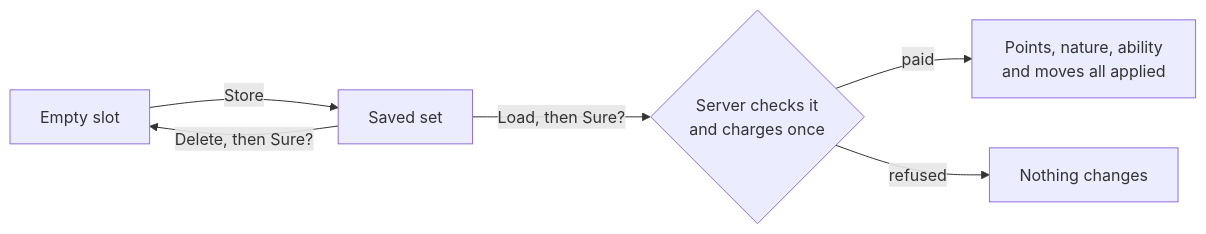
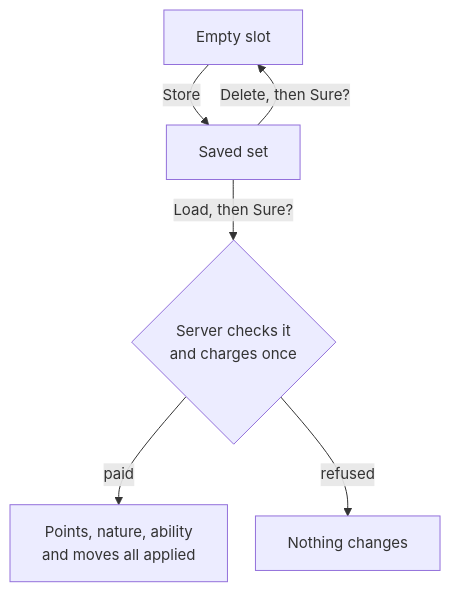
The diagram in docs/champions/sets.md (manucruzleiva/mod-wiki), drawn with Mermaid before and after one commit. The commit also changed 53 other files, not shown here.

````diff
--- a/docs/champions/sets.md
+++ b/docs/champions/sets.md
@@ -20,8 +20,9 @@
 ```mermaid
-flowchart LR
+%%{init: {"flowchart": {"curve": "basis", "nodeSpacing": 28, "rankSpacing": 38, "padding": 16}, "themeVariables": {"fontSize": "15px"}}}%%
+flowchart TD
     E[Empty slot] -- Store --> S[Saved set]
     S -- Load, then Sure? --> C{Server checks it\nand charges once}
     C -- paid --> A[Points, nature, ability\nand moves all applied]
     C -- refused --> N[Nothing changes]
     S -- Delete, then Sure? --> E
 ```
````
